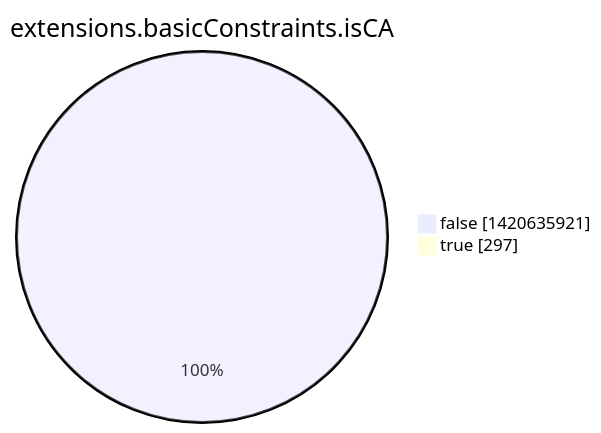
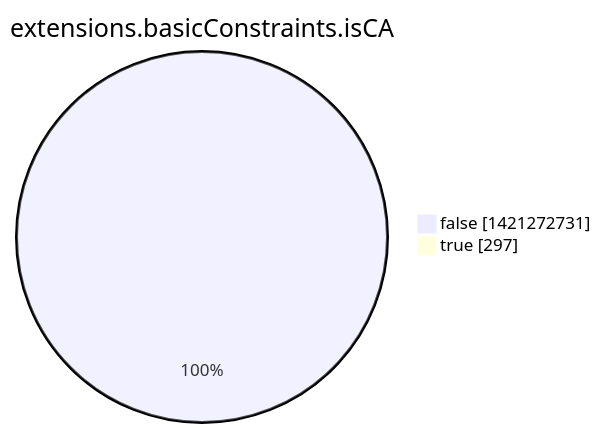
The eighth of 15 diagrams in argon2022/README.md (christiankrug/ctmonitor_visualization), drawn with Mermaid before and after one commit. The commit also changed other lines of this file, not shown here.

````diff
--- a/argon2022/README.md
+++ b/argon2022/README.md
@@ -2760,6 +2760,6 @@
 ```mermaid
 pie showData
 title extensions.basicConstraints.isCA
-"false" :1420635921
+"false" :1421272731
 "true" :297
 ```
````
